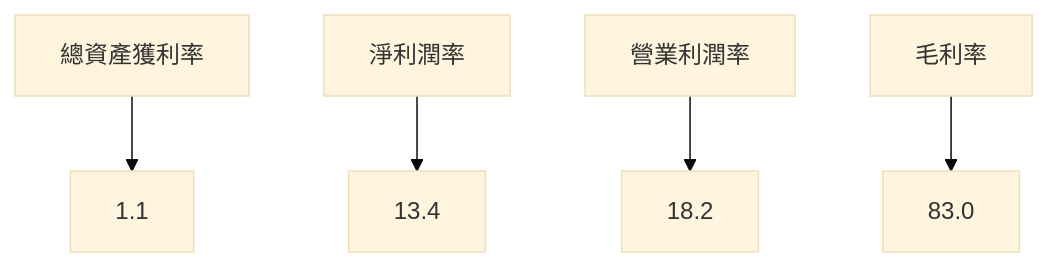
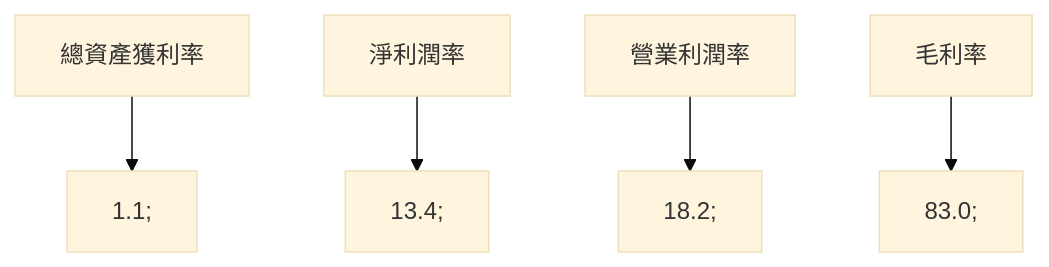
One commit to yennanliu/finance_data changed the eighth of 11 diagrams in ai_gen_report/stock/sofi/fundamental_analysis_2026-03-22_openai.md. Above: the diagram before and after it, drawn with Mermaid (base theme). The commit also changed other lines of this file and 2258 other files, not shown here.

First line of the commit message:
chore: backfill Mermaid syntax repair across existing reports

````diff
--- a/ai_gen_report/stock/sofi/fundamental_analysis_2026-03-22_openai.md
+++ b/ai_gen_report/stock/sofi/fundamental_analysis_2026-03-22_openai.md
@@ -230,7 +230,7 @@
 ```mermaid
 graph TD;
-  總資產獲利率-->1.1;
-  淨利潤率-->13.4;
-  營業利潤率-->18.2;
-  毛利率-->83.0;
+  總資產獲利率 --> nb1["1.1;"]
+  淨利潤率 --> nb2["13.4;"]
+  營業利潤率 --> nb3["18.2;"]
+  毛利率 --> nb4["83.0;"]
 ```
````
